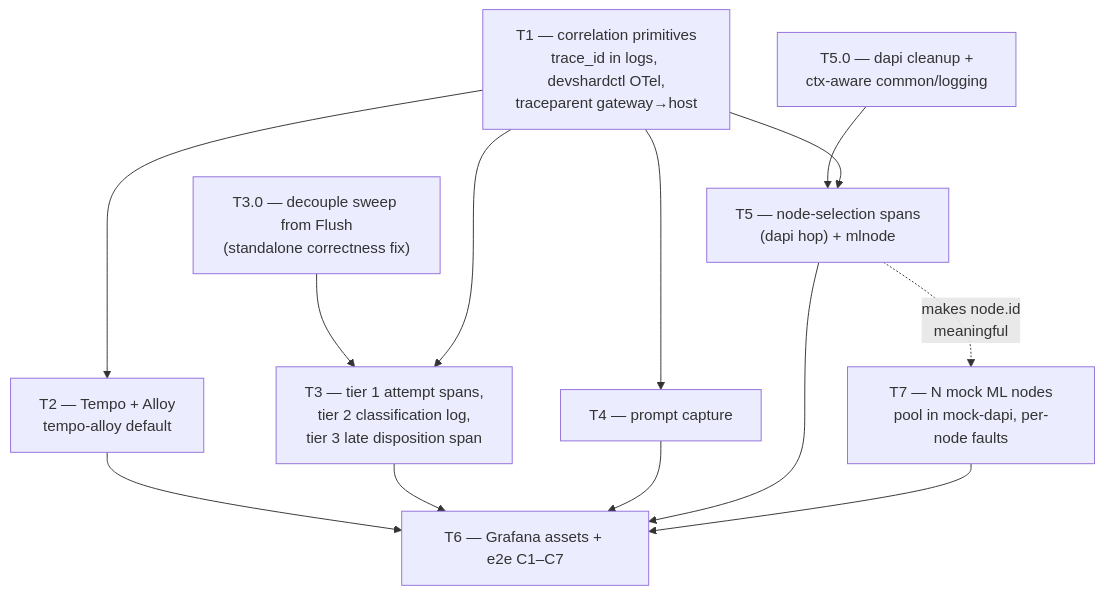
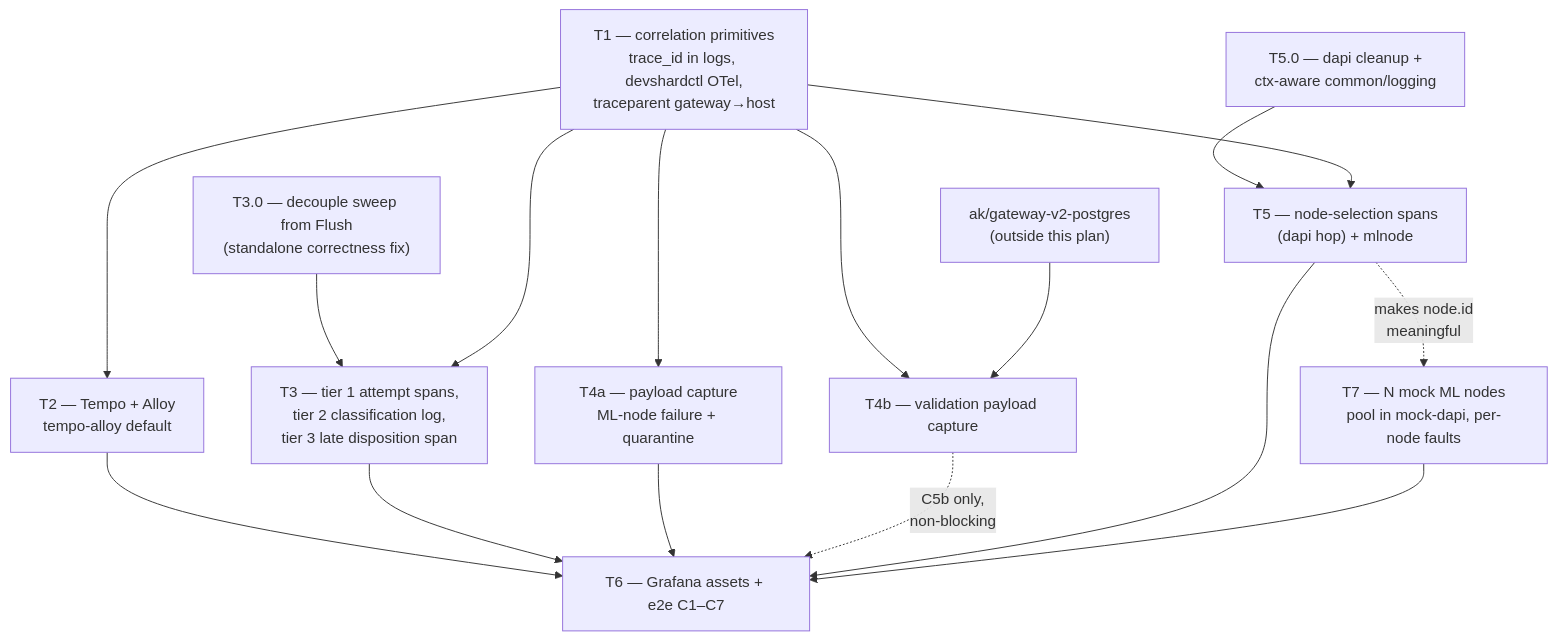
One commit to gonka-ai/gonka changed the third of 3 diagrams in devshard/testenv/docs/observability-trace-correlation-plan.md. Above: the diagram before and after it, drawn with Mermaid. The commit also changed other lines of this file and 43 other files, not shown here.

````diff
--- a/devshard/testenv/docs/observability-trace-correlation-plan.md
+++ b/devshard/testenv/docs/observability-trace-correlation-plan.md
@@ -1229,20 +1327,25 @@
 ```mermaid
 flowchart TD
   T1["T1 — correlation primitives<br/>trace_id in logs, devshardctl OTel,<br/>traceparent gateway→host"]
   T2["T2 — Tempo + Alloy<br/>tempo-alloy default"]
   T30["T3.0 — decouple sweep from Flush<br/>(standalone correctness fix)"]
   T3["T3 — tier 1 attempt spans,<br/>tier 2 classification log,<br/>tier 3 late disposition span"]
-  T4["T4 — prompt capture"]
+  T4A["T4a — payload capture<br/>ML-node failure + quarantine"]
+  T4B["T4b — validation payload capture"]
+  PG["ak/gateway-v2-postgres<br/>(outside this plan)"]
   T50["T5.0 — dapi cleanup +<br/>ctx-aware common/logging"]
   T5["T5 — node-selection spans<br/>(dapi hop) + mlnode"]
   T7["T7 — N mock ML nodes<br/>pool in mock-dapi, per-node faults"]
   T6["T6 — Grafana assets + e2e C1–C7"]
   T1 --> T2 --> T6
   T30 --> T3
   T1 --> T3 --> T6
-  T1 --> T4 --> T6
+  T1 --> T4A --> T6
+  T1 --> T4B
+  PG --> T4B
+  T4B -.->|C5b only,<br/>non-blocking| T6
   T50 --> T5
   T1 --> T5 --> T6
   T7 --> T6
   T5 -.->|makes node.id<br/>meaningful| T7
 ```
````
